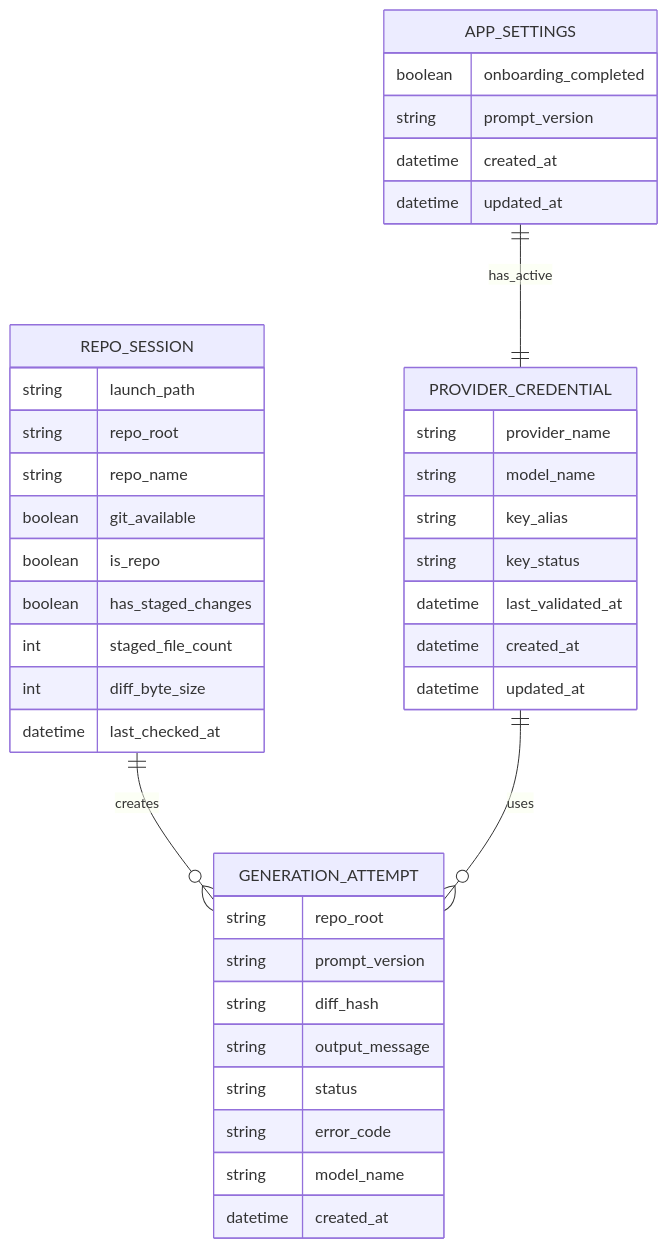
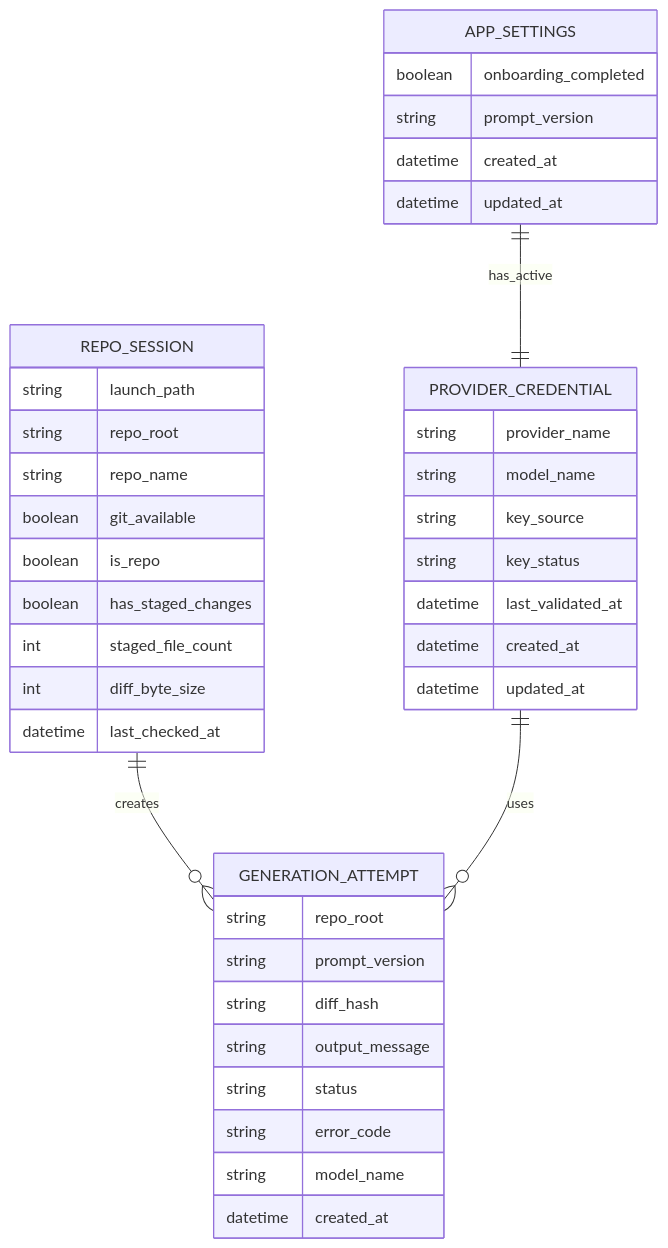
The diagram in docs/architecture/ERD.md (evan00144/tauri-commit-jokes), drawn with Mermaid before and after one commit. The commit also changed other lines of this file and 22 other files, not shown here.

````diff
--- a/docs/architecture/ERD.md
+++ b/docs/architecture/ERD.md
@@ -14,46 +14,46 @@
 ```mermaid
 erDiagram
     APP_SETTINGS ||--|| PROVIDER_CREDENTIAL : has_active
     REPO_SESSION ||--o{ GENERATION_ATTEMPT : creates
     PROVIDER_CREDENTIAL ||--o{ GENERATION_ATTEMPT : uses
 
     APP_SETTINGS {
         boolean onboarding_completed
         string prompt_version
         datetime created_at
         datetime updated_at
     }
 
     PROVIDER_CREDENTIAL {
         string provider_name
         string model_name
-        string key_alias
+        string key_source
         string key_status
         datetime last_validated_at
         datetime created_at
         datetime updated_at
     }
 
     REPO_SESSION {
         string launch_path
         string repo_root
         string repo_name
         boolean git_available
         boolean is_repo
         boolean has_staged_changes
         int staged_file_count
         int diff_byte_size
         datetime last_checked_at
     }
 
     GENERATION_ATTEMPT {
         string repo_root
         string prompt_version
         string diff_hash
         string output_message
         string status
         string error_code
         string model_name
         datetime created_at
     }
 ```
````
